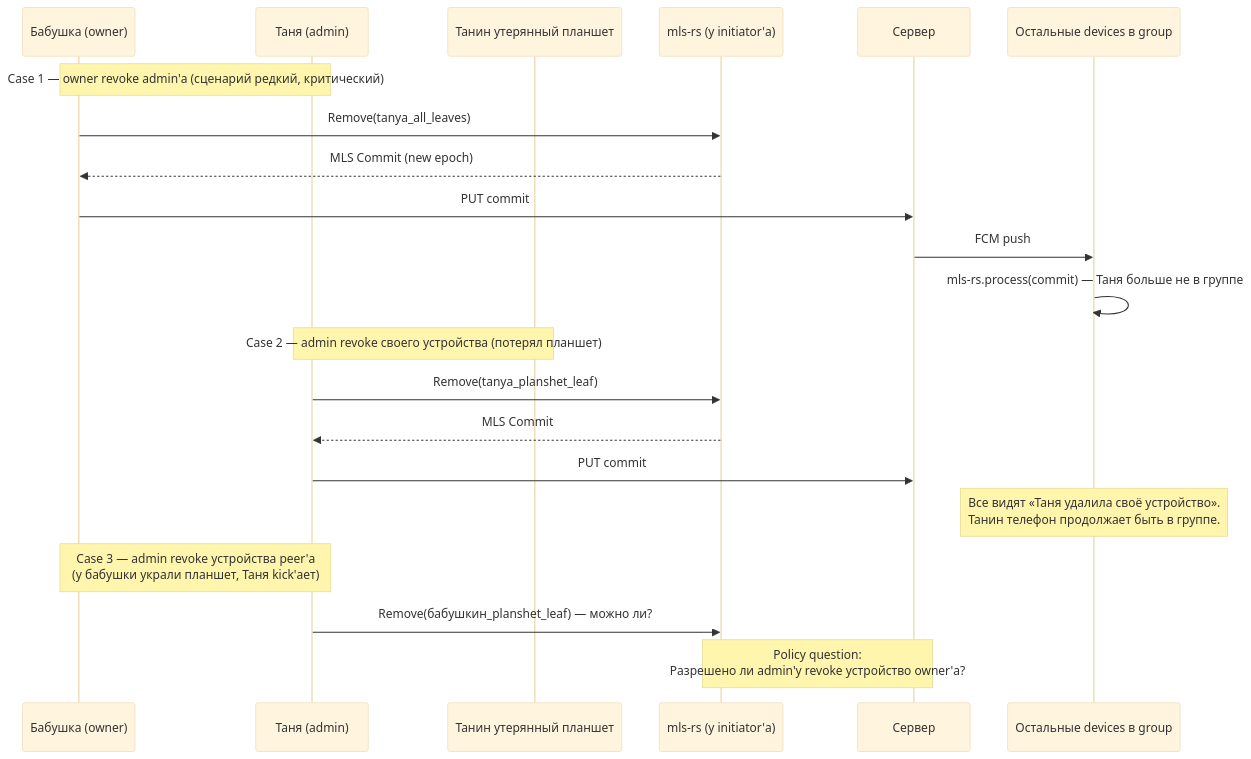
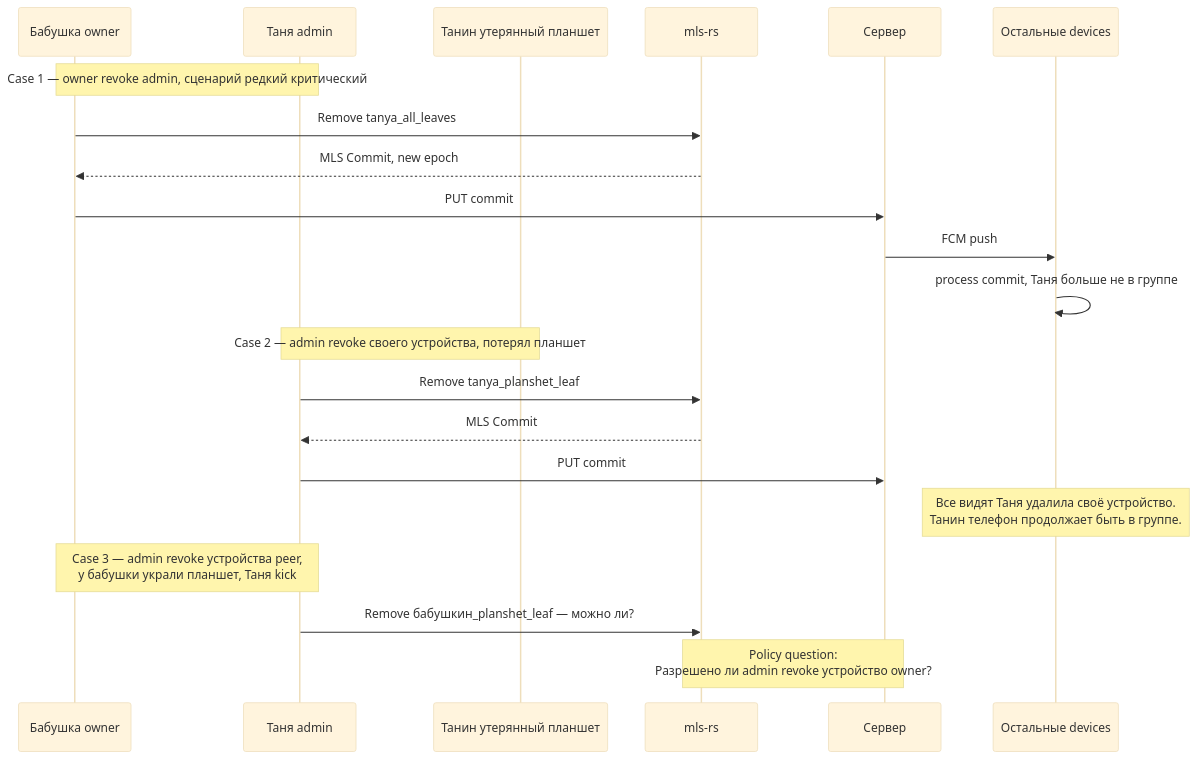
One commit to jeromwork/launcher changed the first of 4 diagrams in backlog/tasks/task-102 - Decision-Revoke-policy.md. Above: the diagram before and after it, drawn with Mermaid (base theme). The commit also changed other lines of this file and 1 other file, not shown here.

First line of the commit message:
fix(task-102): strip parens/apostrophes from mermaid participants + add rule

````diff
--- a/backlog/tasks/task-102 - Decision-Revoke-policy.md
+++ b/backlog/tasks/task-102 - Decision-Revoke-policy.md
@@ -104,26 +104,26 @@
 ```mermaid
 sequenceDiagram
-    participant Ч as Бабушка (owner)
-    participant Т as Таня (admin)
+    participant Ч as Бабушка owner
+    participant Т as Таня admin
     participant Тст as Танин утерянный планшет
-    participant mls as mls-rs (у initiator'а)
+    participant mls as mls-rs
     participant С as Сервер
-    participant grp as Остальные devices в group
+    participant grp as Остальные devices
 
-    Note over Ч,Т: Case 1 — owner revoke admin'а (сценарий редкий, критический)
-    Ч->>mls: Remove(tanya_all_leaves)
-    mls-->>Ч: MLS Commit (new epoch)
+    Note over Ч,Т: Case 1 — owner revoke admin, сценарий редкий критический
+    Ч->>mls: Remove tanya_all_leaves
+    mls-->>Ч: MLS Commit, new epoch
     Ч->>С: PUT commit
     С->>grp: FCM push
-    grp->>grp: mls-rs.process(commit) — Таня больше не в группе
+    grp->>grp: process commit, Таня больше не в группе
 
-    Note over Т,Тст: Case 2 — admin revoke своего устройства (потерял планшет)
-    Т->>mls: Remove(tanya_planshet_leaf)
+    Note over Т,Тст: Case 2 — admin revoke своего устройства, потерял планшет
+    Т->>mls: Remove tanya_planshet_leaf
     mls-->>Т: MLS Commit
     Т->>С: PUT commit
-    Note over grp: Все видят «Таня удалила своё устройство».<br/>Танин телефон продолжает быть в группе.
+    Note over grp: Все видят Таня удалила своё устройство.<br/>Танин телефон продолжает быть в группе.
 
-    Note over Ч,Т: Case 3 — admin revoke устройства peer'а<br/>(у бабушки украли планшет, Таня kick'ает)
-    Т->>mls: Remove(бабушкин_planshet_leaf) — можно ли?
-    Note over mls,С: Policy question:<br/>Разрешено ли admin'у revoke устройство owner'а?
+    Note over Ч,Т: Case 3 — admin revoke устройства peer,<br/>у бабушки украли планшет, Таня kick
+    Т->>mls: Remove бабушкин_planshet_leaf — можно ли?
+    Note over mls,С: Policy question:<br/>Разрешено ли admin revoke устройство owner?
 ```
````
